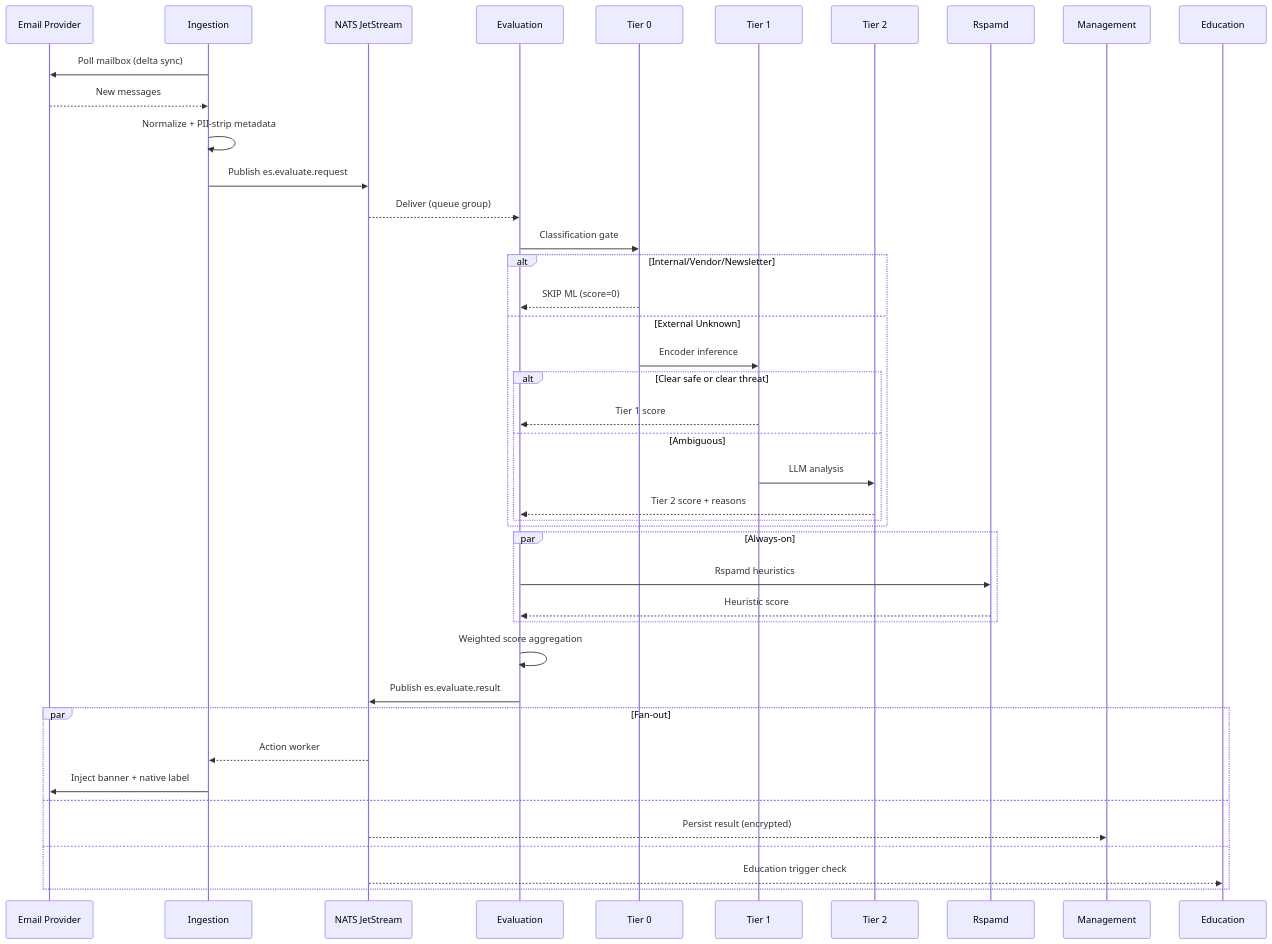
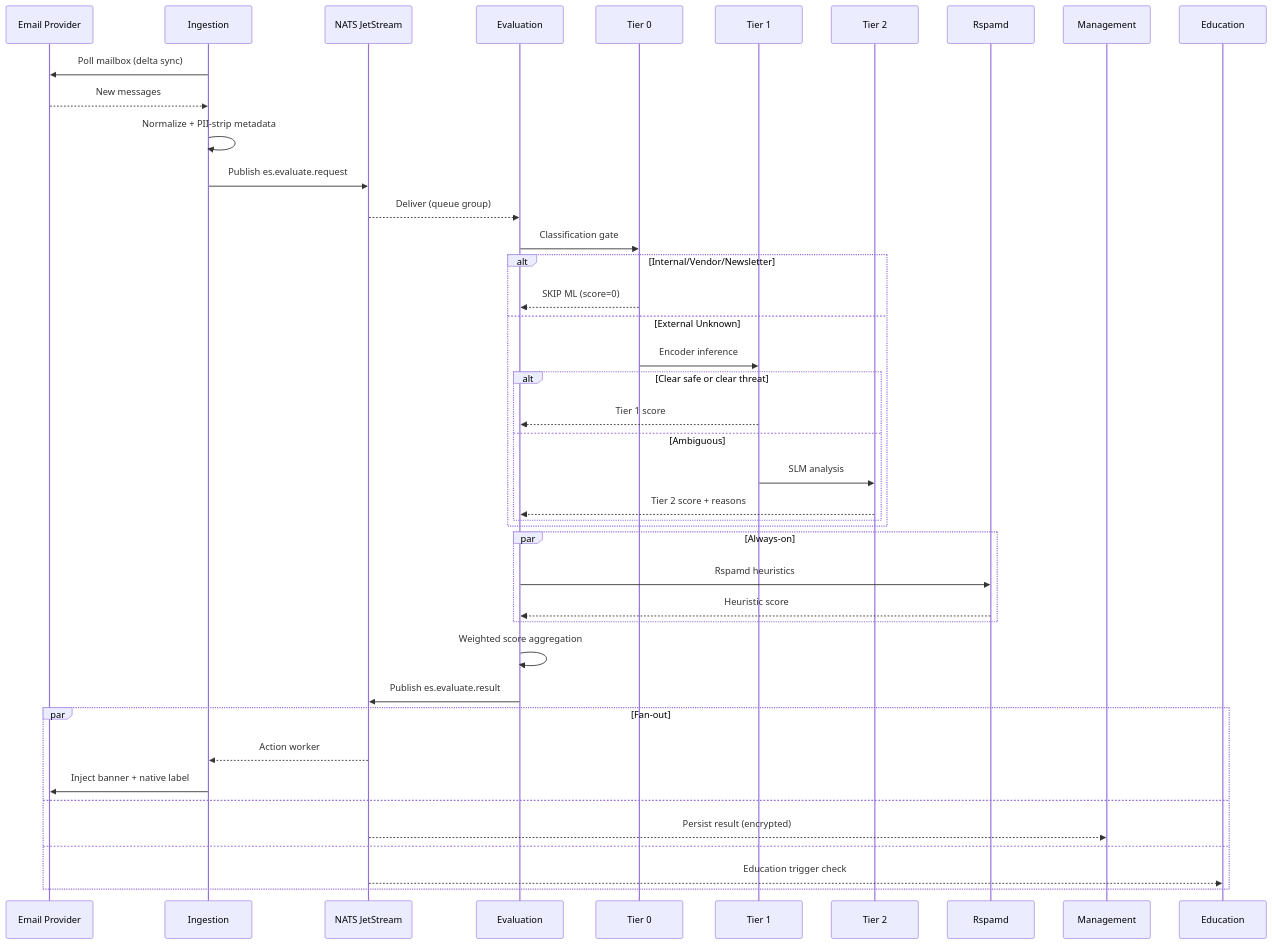
Before and after one commit to kennguy3n/sn360-es: the second of 4 diagrams in internal/docs/ARCHITECTURE.md, drawn with Mermaid. The commit also changed other lines of this file and 6 other files, not shown here.

Commit message:
docs(part-5): rewrite README, PROPOSAL, ARCHITECTURE, PHASES, PROGRESS + minor corpus docs

````diff
--- a/internal/docs/ARCHITECTURE.md
+++ b/internal/docs/ARCHITECTURE.md
@@ -117,45 +128,45 @@
 ```mermaid
 sequenceDiagram
     participant P as Email Provider
     participant I as Ingestion
     participant N as NATS JetStream
     participant E as Evaluation
     participant T0 as Tier 0
     participant T1 as Tier 1
     participant T2 as Tier 2
     participant R as Rspamd
     participant M as Management
     participant Ed as Education
 
     I->>P: Poll mailbox (delta sync)
     P-->>I: New messages
     I->>I: Normalize + PII-strip metadata
     I->>N: Publish es.evaluate.request
     N-->>E: Deliver (queue group)
     E->>T0: Classification gate
     alt Internal/Vendor/Newsletter
         T0-->>E: SKIP ML (score=0)
     else External Unknown
         T0->>T1: Encoder inference
         alt Clear safe or clear threat
             T1-->>E: Tier 1 score
         else Ambiguous
-            T1->>T2: LLM analysis
+            T1->>T2: SLM analysis
             T2-->>E: Tier 2 score + reasons
         end
     end
     par Always-on
         E->>R: Rspamd heuristics
         R-->>E: Heuristic score
     end
     E->>E: Weighted score aggregation
     E->>N: Publish es.evaluate.result
     par Fan-out
         N-->>I: Action worker
         I->>P: Inject banner + native label
     and
         N-->>M: Persist result (encrypted)
     and
         N-->>Ed: Education trigger check
     end
 ```
````
